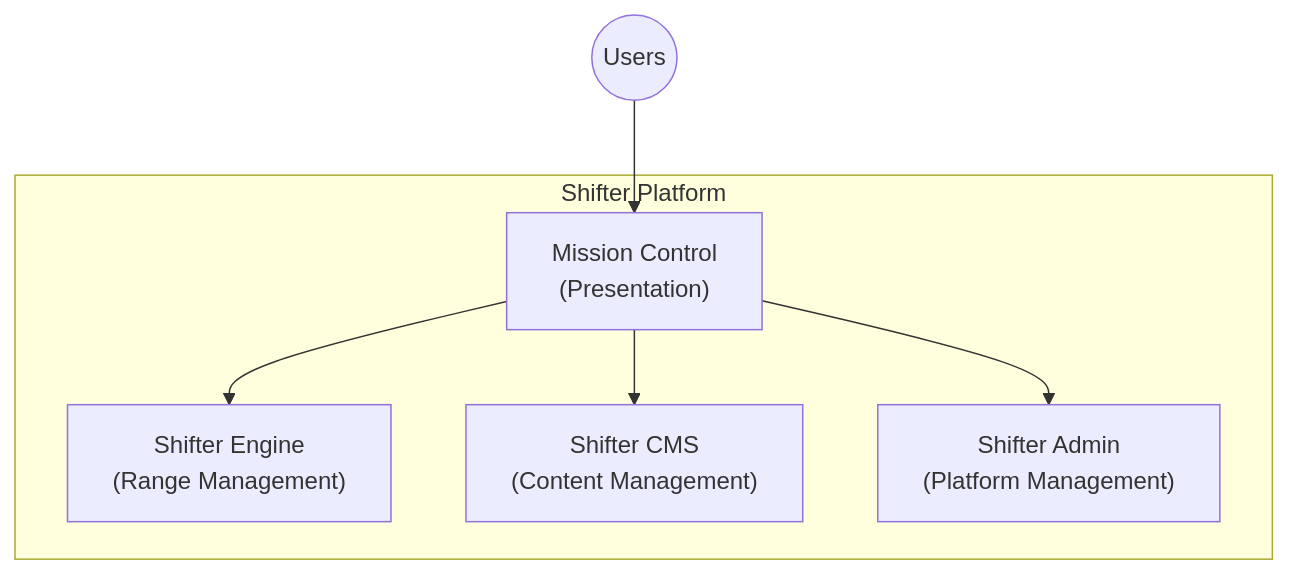
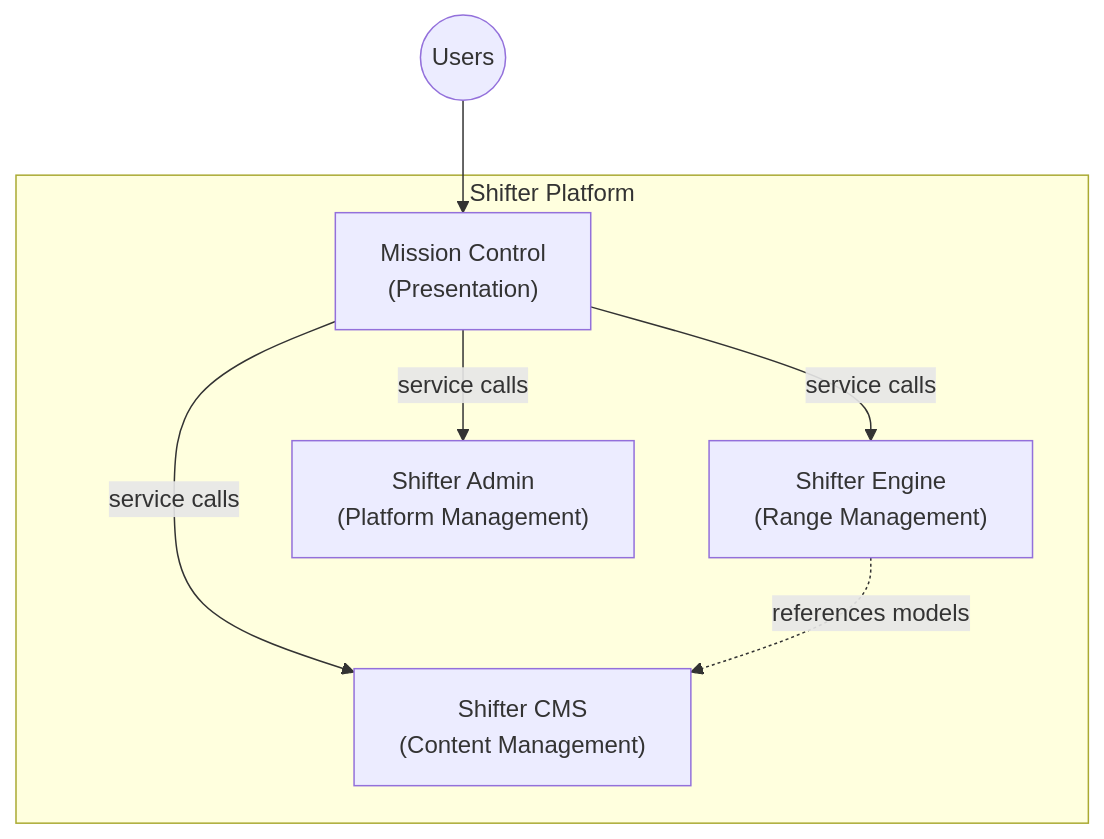
Before and after one commit to PaloAltoNetworks/shifter: the second of 3 diagrams in shifter/shifter_platform/documentation/docs/technical/architecture.md, drawn with Mermaid. The commit also changed other lines of this file and 36 other files, not shown here.

````diff
--- a/shifter/shifter_platform/documentation/docs/technical/architecture.md
+++ b/shifter/shifter_platform/documentation/docs/technical/architecture.md
@@ -46,15 +46,16 @@
 ```mermaid
 graph TB
     subgraph Shifter["Shifter Platform"]
         MC["Mission Control<br/>(Presentation)"]
         SE["Shifter Engine<br/>(Range Management)"]
         CMS["Shifter CMS<br/>(Content Management)"]
         SA["Shifter Admin<br/>(Platform Management)"]
     end
 
     Users((Users)) --> MC
 
-    MC --> SE
-    MC --> CMS
-    MC --> SA
+    MC -->|service calls| SE
+    MC -->|service calls| CMS
+    MC -->|service calls| SA
+    SE -.->|references models| CMS
 ```
````
